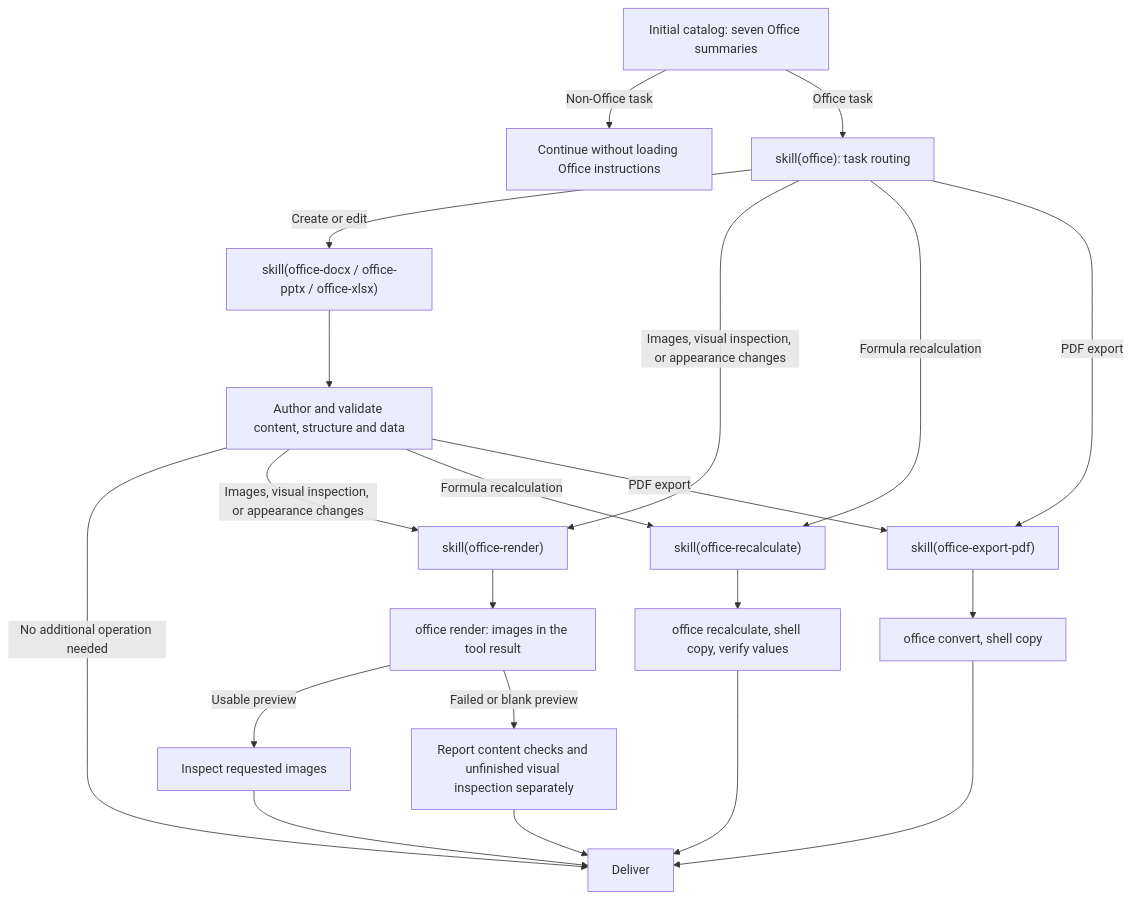
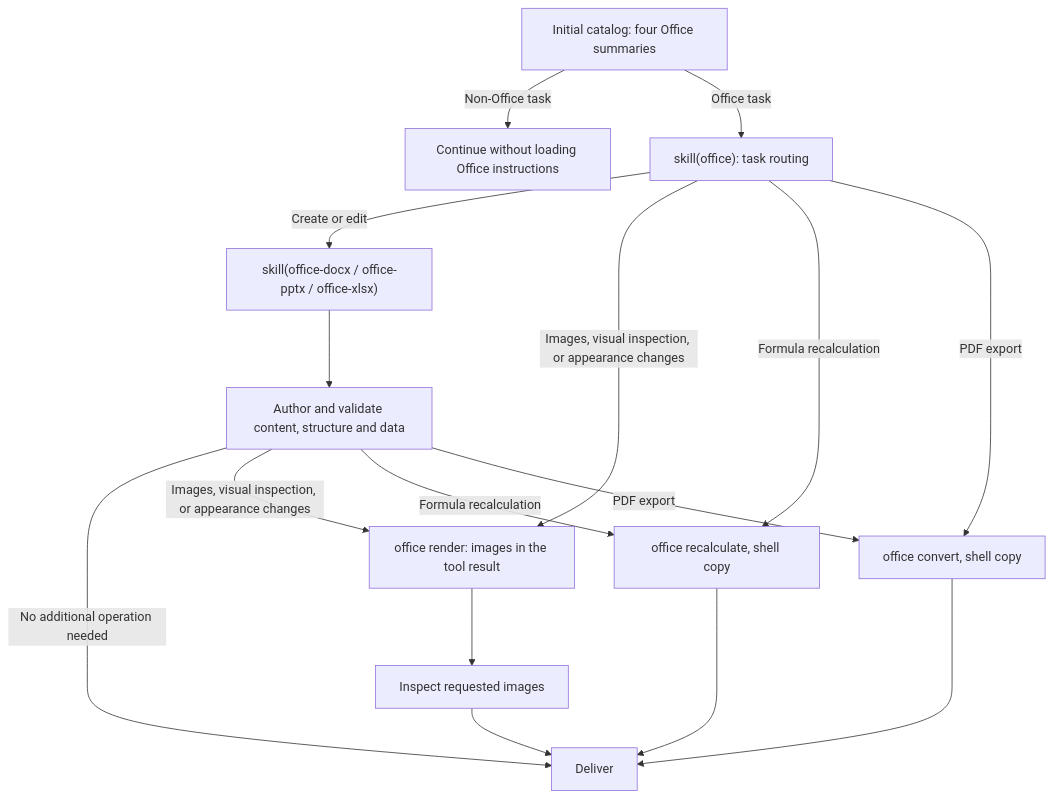
Before and after one commit to deepseek-ai/deepseek-harness: the diagram in packages/skill/skill-office/README.md, drawn with Mermaid. The commit also changed other lines of this file and 62 other files, not shown here.

Commit message:
refactor(office): 移除 render/recalculate/export-pdf 技能，改为直接调用 office 工具

````diff
--- a/packages/skill/skill-office/README.md
+++ b/packages/skill/skill-office/README.md
@@ -50,28 +50,23 @@
 ```mermaid
 flowchart TD
-    A["Initial catalog: seven Office summaries"]
+    A["Initial catalog: four Office summaries"]
     A -->|Non-Office task| N["Continue without loading Office instructions"]
     A -->|Office task| B["skill(office): task routing"]
 
     B -->|Create or edit| C["skill(office-docx / office-pptx / office-xlsx)"]
     C --> D["Author and validate content, structure and data"]
     D -->|No additional operation needed| F["Deliver"]
 
-    B -->|Images, visual inspection, or appearance changes| R["skill(office-render)"]
+    B -->|Images, visual inspection, or appearance changes| R["office render: images in the tool result"]
     D -->|Images, visual inspection, or appearance changes| R
-    R --> RC["office render: images in the tool result"]
-    RC -->|Usable preview| V["Inspect requested images"]
+    R --> V["Inspect requested images"]
     V --> F
-    RC -->|Failed or blank preview| L["Report content checks and unfinished visual inspection separately"]
-    L --> F
 
-    B -->|Formula recalculation| X["skill(office-recalculate)"]
+    B -->|Formula recalculation| X["office recalculate, shell copy"]
     D -->|Formula recalculation| X
-    X --> XC["office recalculate, shell copy, verify values"]
-    XC --> F
+    X --> F
 
-    B -->|PDF export| P["skill(office-export-pdf)"]
+    B -->|PDF export| P["office convert, shell copy"]
     D -->|PDF export| P
-    P --> PC["office convert, shell copy"]
-    PC --> F
+    P --> F
 ```
````
